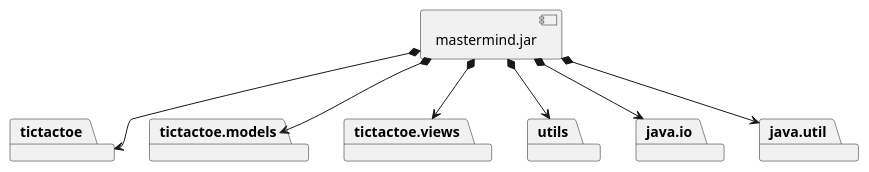
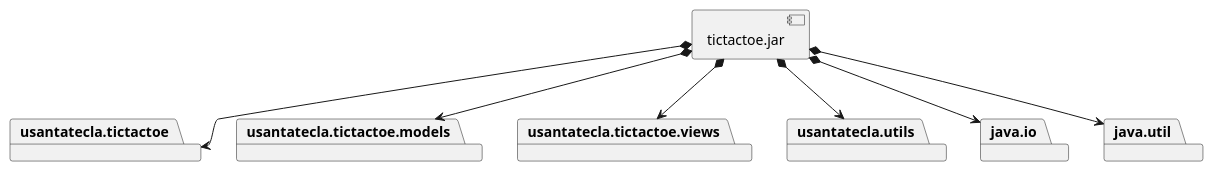
Before and after one commit to Jolucaa/USantaTecla-project-ticTacToe: the first of 2 diagrams in documentView/console/docs/diagrams/src/vistas.plantuml, drawn with PlantUML. The commit also changed 10 other files, not shown here.

Commit message:
Fix some diagrams

```diff
--- a/documentView/console/docs/diagrams/src/vistas.plantuml
+++ b/documentView/console/docs/diagrams/src/vistas.plantuml
@@ -1,23 +1,23 @@
 @startuml desarrollo_implementacion
-package "  "  as tictactoe {
+package "  "  as usantatecla.tictactoe {
 }
-package "  "  as tictactoe.models {
+package "  "  as usantatecla.tictactoe.models {
 }
-package "  "  as tictactoe.views {
+package "  "  as usantatecla.tictactoe.views {
 }
-package "  "  as utils {
+package "  "  as usantatecla.utils {
 }
 package "  "  as java.io {
 }
 package "  "  as java.util {
 }
 
-[mastermind.jar] as jar
+[tictactoe.jar] as jar
 
-jar *--> tictactoe
-jar *--> tictactoe.models
-jar *--> tictactoe.views
-jar *--> utils
+jar *--> usantatecla.tictactoe
+jar *--> usantatecla.tictactoe.models
+jar *--> usantatecla.tictactoe.views
+jar *--> usantatecla.utils
 jar *--> java.io
 jar *--> java.util
 @enduml
```
